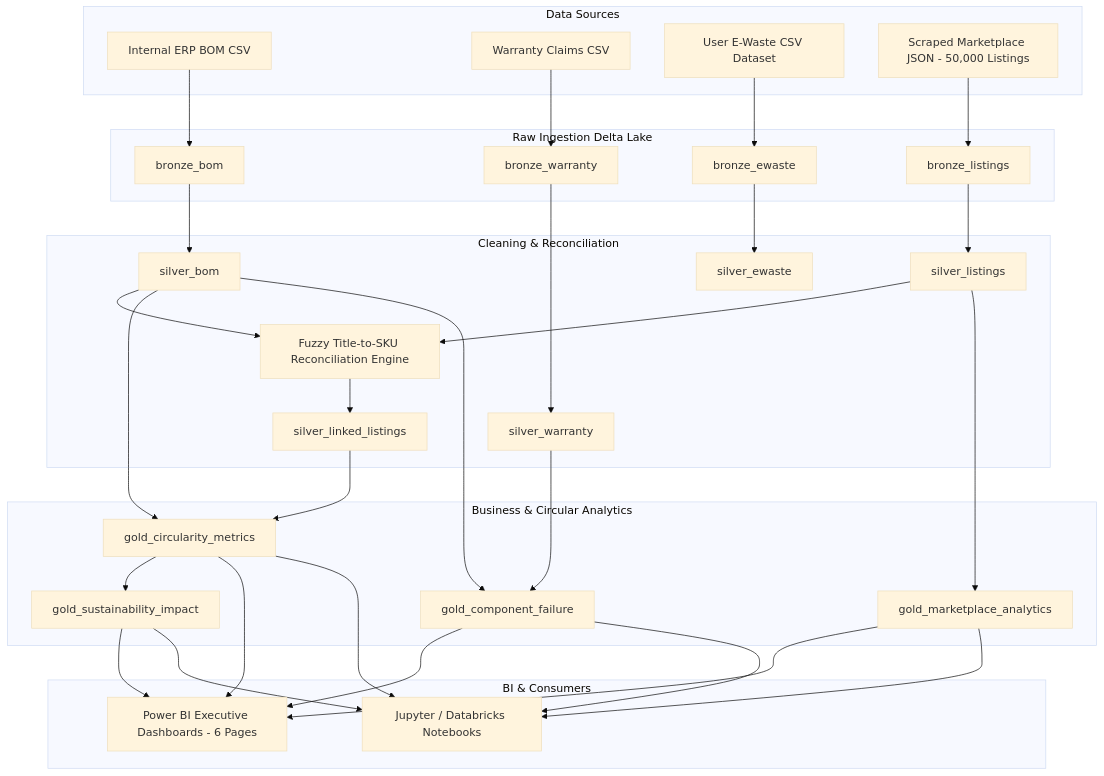
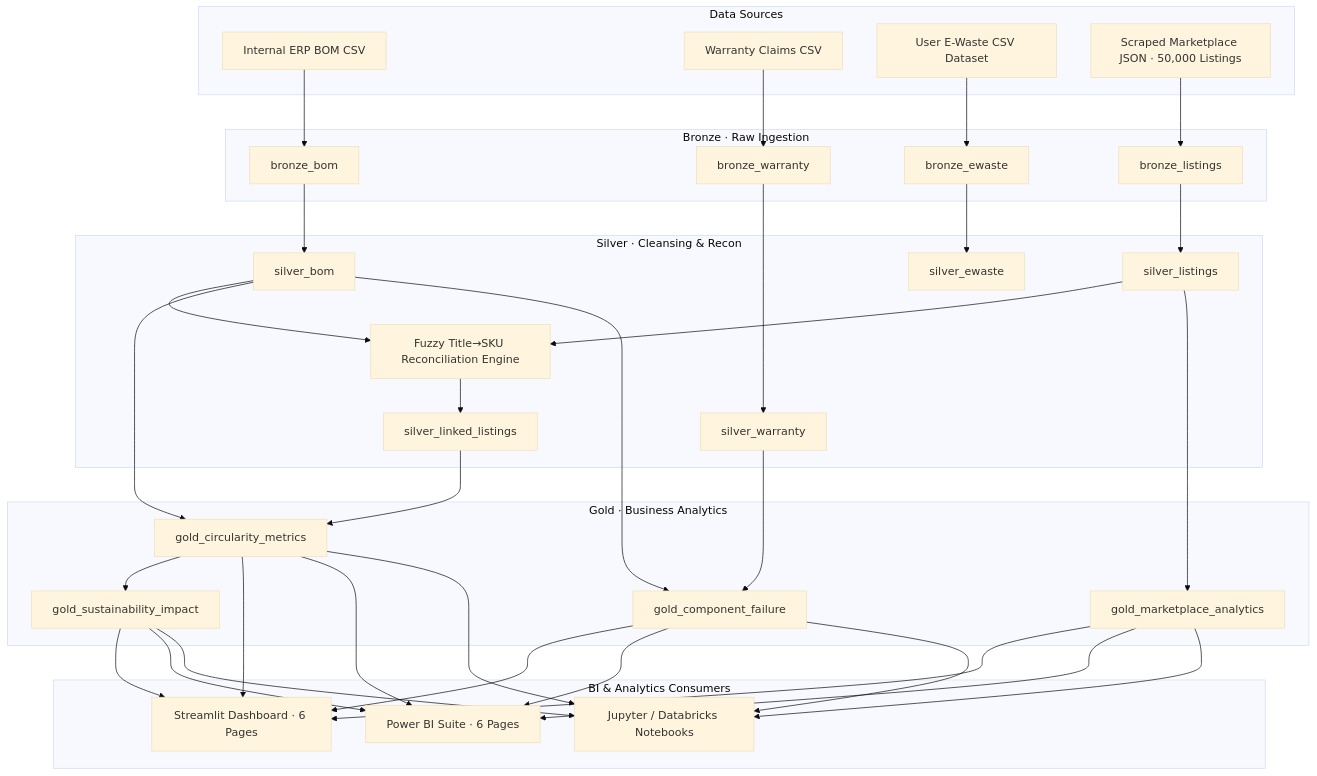
Before and after one commit to Kunalray0707/EchoChain: the diagram in README.md, drawn with Mermaid (base theme). The commit also changed other lines of this file and 41 other files, not shown here.

First line of the commit message:
feat: fix Streamlit 1.60 API, add interactive dashboard & attractive README

````diff
--- a/README.md
+++ b/README.md
@@ -59,57 +84,55 @@
 ```mermaid
 flowchart TD
     subgraph Data Sources
         RAW1[Internal ERP BOM CSV]
         RAW2[Warranty Claims CSV]
         RAW3[User E-Waste CSV Dataset]
-        RAW4[Scraped Marketplace JSON - 50,000 Listings]
+        RAW4[Scraped Marketplace JSON · 50,000 Listings]
     end
 
-    subgraph Bronze Layer [Raw Ingestion Delta Lake]
+    subgraph Bronze Layer [Bronze · Raw Ingestion]
         B1[bronze_bom]
         B2[bronze_warranty]
         B3[bronze_ewaste]
         B4[bronze_listings]
     end
 
-    subgraph Silver Layer [Cleaning & Reconciliation]
+    subgraph Silver Layer [Silver · Cleansing & Recon]
         S1[silver_bom]
         S2[silver_warranty]
         S3[silver_ewaste]
         S4[silver_listings]
-        FUZZY[Fuzzy Title-to-SKU Reconciliation Engine]
+        FUZZY[Fuzzy Title→SKU Reconciliation Engine]
         S5[silver_linked_listings]
     end
 
-    subgraph Gold Layer [Business & Circular Analytics]
+    subgraph Gold Layer [Gold · Business Analytics]
         G1[gold_circularity_metrics]
         G2[gold_component_failure]
         G3[gold_marketplace_analytics]
         G4[gold_sustainability_impact]
     end
 
-    subgraph BI & Consumers
-        PBI[Power BI Executive Dashboards - 6 Pages]
+    subgraph Consumers [BI & Analytics Consumers]
+        ST[Streamlit Dashboard · 6 Pages]
+        PBI[Power BI Suite · 6 Pages]
         NB[Jupyter / Databricks Notebooks]
     end
 
     RAW1 --> B1
     RAW2 --> B2
     RAW3 --> B3
     RAW4 --> B4
-
     B1 --> S1
     B2 --> S2
     B3 --> S3
     B4 --> S4
-
     S4 & S1 --> FUZZY --> S5
-
     S5 & S1 --> G1
     S2 & S1 --> G2
     S4 --> G3
     G1 --> G4
-
+    G1 & G2 & G3 & G4 --> ST
     G1 & G2 & G3 & G4 --> PBI
     G1 & G2 & G3 & G4 --> NB
 ```
````
